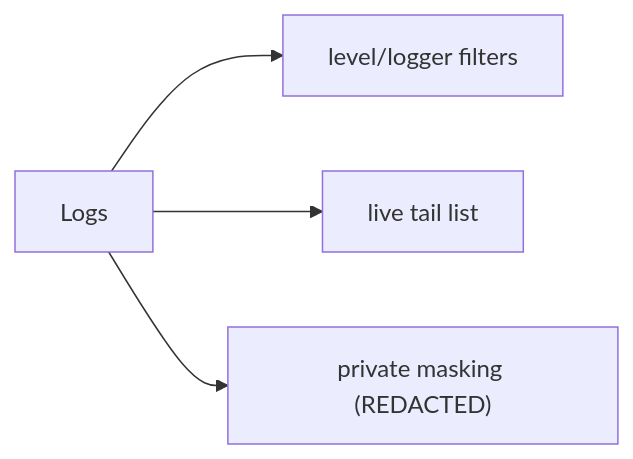
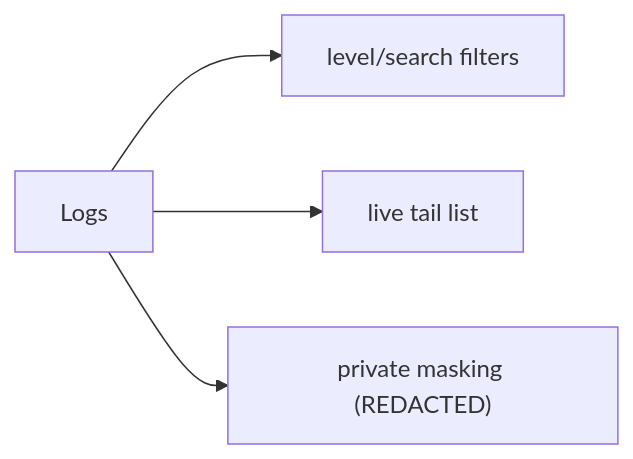
Before and after one commit to stereographica/ego-mcp: the third of 3 diagrams in dashboard/docs/getting-started.md, drawn with Mermaid. The commit also changed other lines of this file and 28 other files, not shown here.

````diff
--- a/dashboard/docs/getting-started.md
+++ b/dashboard/docs/getting-started.md
@@ -67,6 +67,6 @@
 ```mermaid
 flowchart LR
-  C["Logs"] --> C1["level/logger filters"]
+  C["Logs"] --> C1["level/search filters"]
   C --> C2["live tail list"]
   C --> C3["private masking (REDACTED)"]
 ```
````
